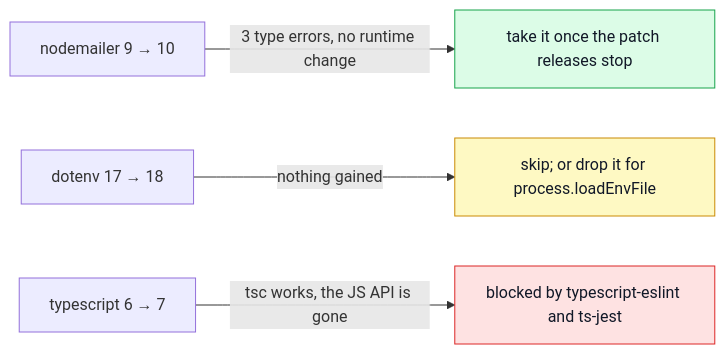
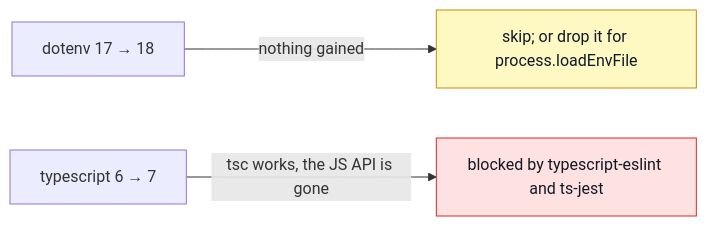
Before and after one commit to Guebbit/boilerplate-node-backend: the diagram in docs/tools/pending-major-upgrades.md, drawn with Mermaid. The commit also changed other lines of this file and 4 other files, not shown here.

First line of the commit message:
build(deps): take the patched multer, ip-address and nodemailer 10

````diff
--- a/docs/tools/pending-major-upgrades.md
+++ b/docs/tools/pending-major-upgrades.md
@@ -8,13 +8,10 @@
 ```mermaid
 flowchart LR
-    NM["nodemailer 9 → 10"] -->|"3 type errors, no runtime change"| NMW["take it once the patch releases stop"]
     DE["dotenv 17 → 18"] -->|"nothing gained"| DEW["skip; or drop it for process.loadEnvFile"]
     TS["typescript 6 → 7"] -->|"tsc works, the JS API is gone"| TSW["blocked by typescript-eslint and ts-jest"]
 
-    classDef go fill:#dcfce7,stroke:#16a34a,color:#111827;
     classDef skip fill:#fef9c3,stroke:#ca8a04,color:#111827;
     classDef block fill:#fee2e2,stroke:#dc2626,color:#111827;
-    class NMW go;
     class DEW skip;
     class TSW block;
 ```
````
